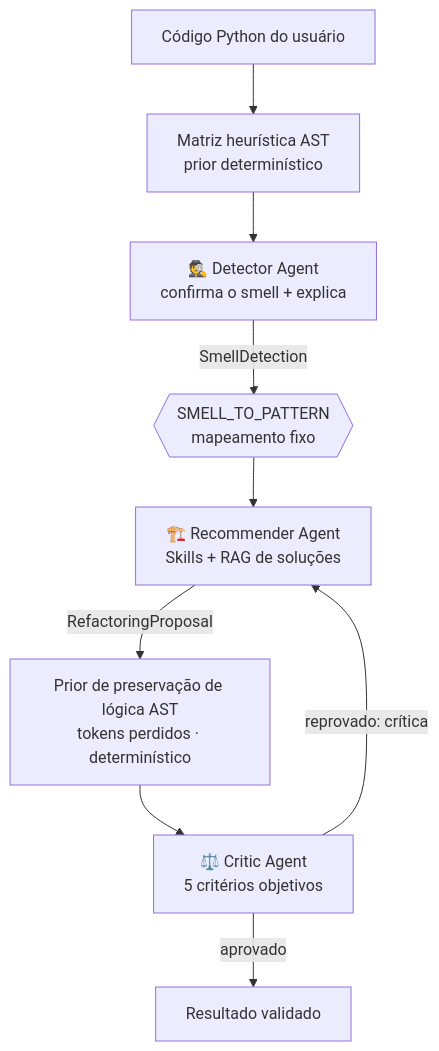
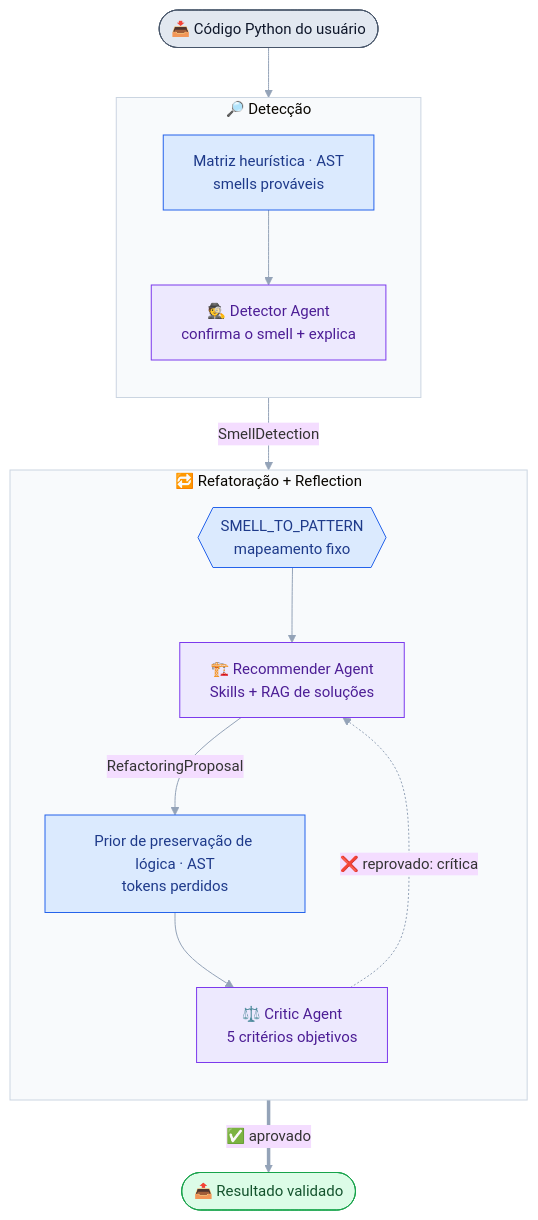
One commit to jvras58/refactor-os changed the diagram in docs/apresentacao/apresentacao.md. Above: the diagram before and after it, drawn with Mermaid. The commit also changed other lines of this file, not shown here.

Commit message:
docs: style the overview diagram for slides
Color nodes by kind (deterministic vs LLM vs io/output), group Detection and
Refactoring+Reflection in subgraphs, dotted reflection edge, icons + legend.

````diff
--- a/docs/apresentacao/apresentacao.md
+++ b/docs/apresentacao/apresentacao.md
@@ -60,11 +60,27 @@
 ```mermaid
+%%{init: {'theme':'base','themeVariables':{'fontSize':'15px','lineColor':'#94a3b8','clusterBkg':'#f8fafc','clusterBorder':'#cbd5e1'}}}%%
 flowchart TD
-    U[Código Python do usuário] --> H[Matriz heurística AST<br/>prior determinístico]
-    H --> D[🕵️ Detector Agent<br/>confirma o smell + explica]
-    D -->|SmellDetection| M{{SMELL_TO_PATTERN<br/>mapeamento fixo}}
-    M --> R[🏗️ Recommender Agent<br/>Skills + RAG de soluções]
-    R -->|RefactoringProposal| L[Prior de preservação de lógica AST<br/>tokens perdidos · determinístico]
-    L --> C[⚖️ Critic Agent<br/>5 critérios objetivos]
-    C -->|reprovado: crítica| R
-    C -->|aprovado| OUT[Resultado validado]
+    U([📥 Código Python do usuário]):::io --> H
+
+    subgraph DET[" 🔎 Detecção "]
+        direction TB
+        H[Matriz heurística · AST<br/>smells prováveis]:::det --> D[🕵️ Detector Agent<br/>confirma o smell + explica]:::llm
+    end
+
+    D -->|SmellDetection| M{{SMELL_TO_PATTERN<br/>mapeamento fixo}}:::det
+
+    subgraph REF[" 🔁 Refatoração + Reflection "]
+        direction TB
+        M --> R[🏗️ Recommender Agent<br/>Skills + RAG de soluções]:::llm
+        R -->|RefactoringProposal| L[Prior de preservação de lógica · AST<br/>tokens perdidos]:::det
+        L --> C[⚖️ Critic Agent<br/>5 critérios objetivos]:::llm
+        C -.->|❌ reprovado: crítica| R
+    end
+
+    C ==>|✅ aprovado| OUT([📤 Resultado validado]):::ok
+
+    classDef io  fill:#e2e8f0,stroke:#475569,color:#0f172a;
+    classDef det fill:#dbeafe,stroke:#2563eb,color:#1e3a8a;
+    classDef llm fill:#ede9fe,stroke:#7c3aed,color:#4c1d95;
+    classDef ok  fill:#dcfce7,stroke:#16a34a,color:#14532d;
 ```
````
